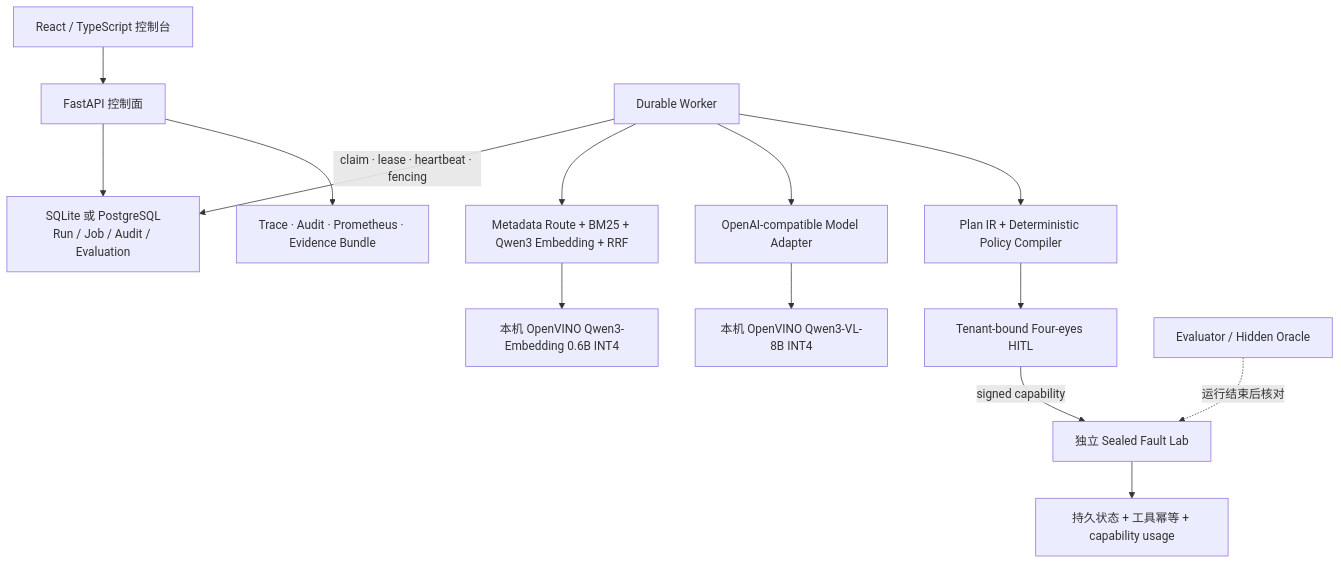
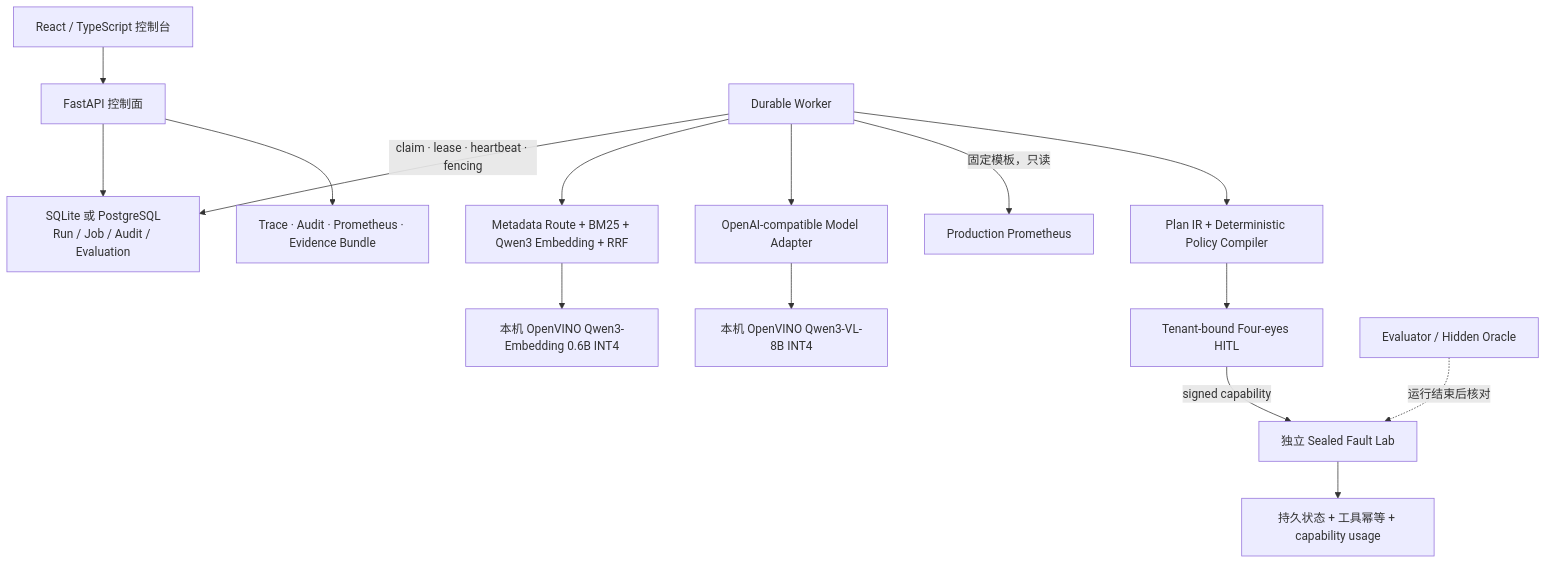
The diagram in README.md (tianhao8687/shou-ba-shou-jiaoxue-ai-agent), drawn with Mermaid before and after one commit. The commit also changed other lines of this file and 48 other files, not shown here.

````diff
--- a/README.md
+++ b/README.md
@@ -36,16 +40,17 @@
 ```mermaid
 flowchart TB
     UI["React / TypeScript 控制台"] --> API["FastAPI 控制面"]
     API --> DB["SQLite 或 PostgreSQL<br/>Run / Job / Audit / Evaluation"]
     WORKER["Durable Worker"] -->|"claim · lease · heartbeat · fencing"| DB
     WORKER --> RAG["Metadata Route + BM25 + Qwen3 Embedding + RRF"]
     RAG --> EMB["本机 OpenVINO Qwen3-Embedding 0.6B INT4"]
     WORKER --> MODEL["OpenAI-compatible Model Adapter"]
     MODEL --> QWEN["本机 OpenVINO Qwen3-VL-8B INT4"]
+    WORKER -->|"固定模板，只读"| PROM["Production Prometheus"]
     WORKER --> POLICY["Plan IR + Deterministic Policy Compiler"]
     POLICY --> GATE["Tenant-bound Four-eyes HITL"]
     GATE -->|"signed capability"| LAB["独立 Sealed Fault Lab"]
     LAB --> STATE["持久状态 + 工具幂等 + capability usage"]
     EVAL["Evaluator / Hidden Oracle"] -. "运行结束后核对" .-> LAB
     API --> OBS["Trace · Audit · Prometheus · Evidence Bundle"]
 ```
````
